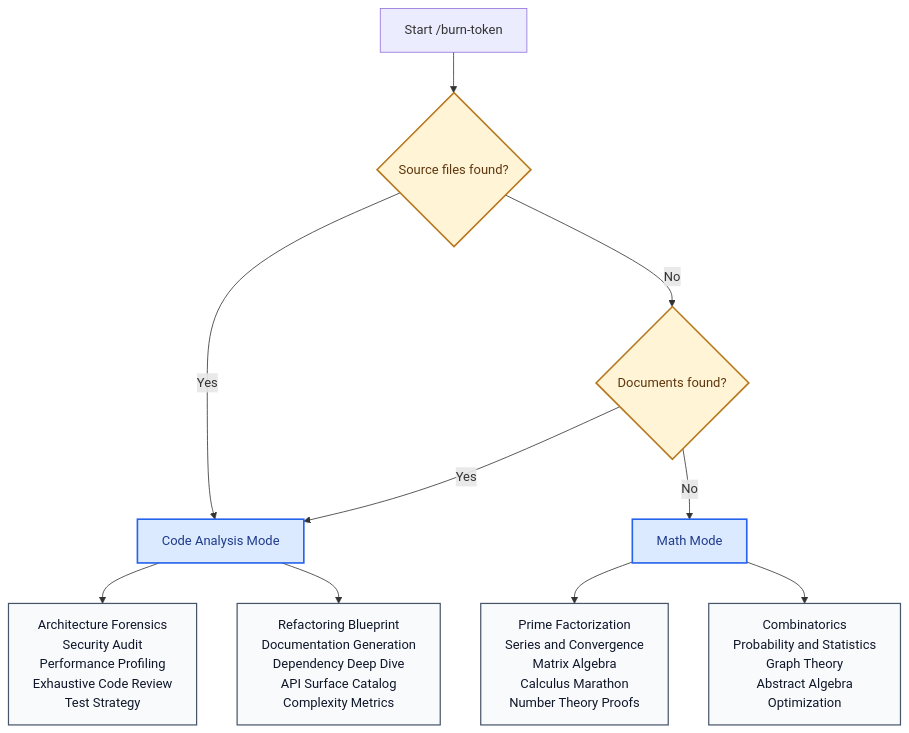
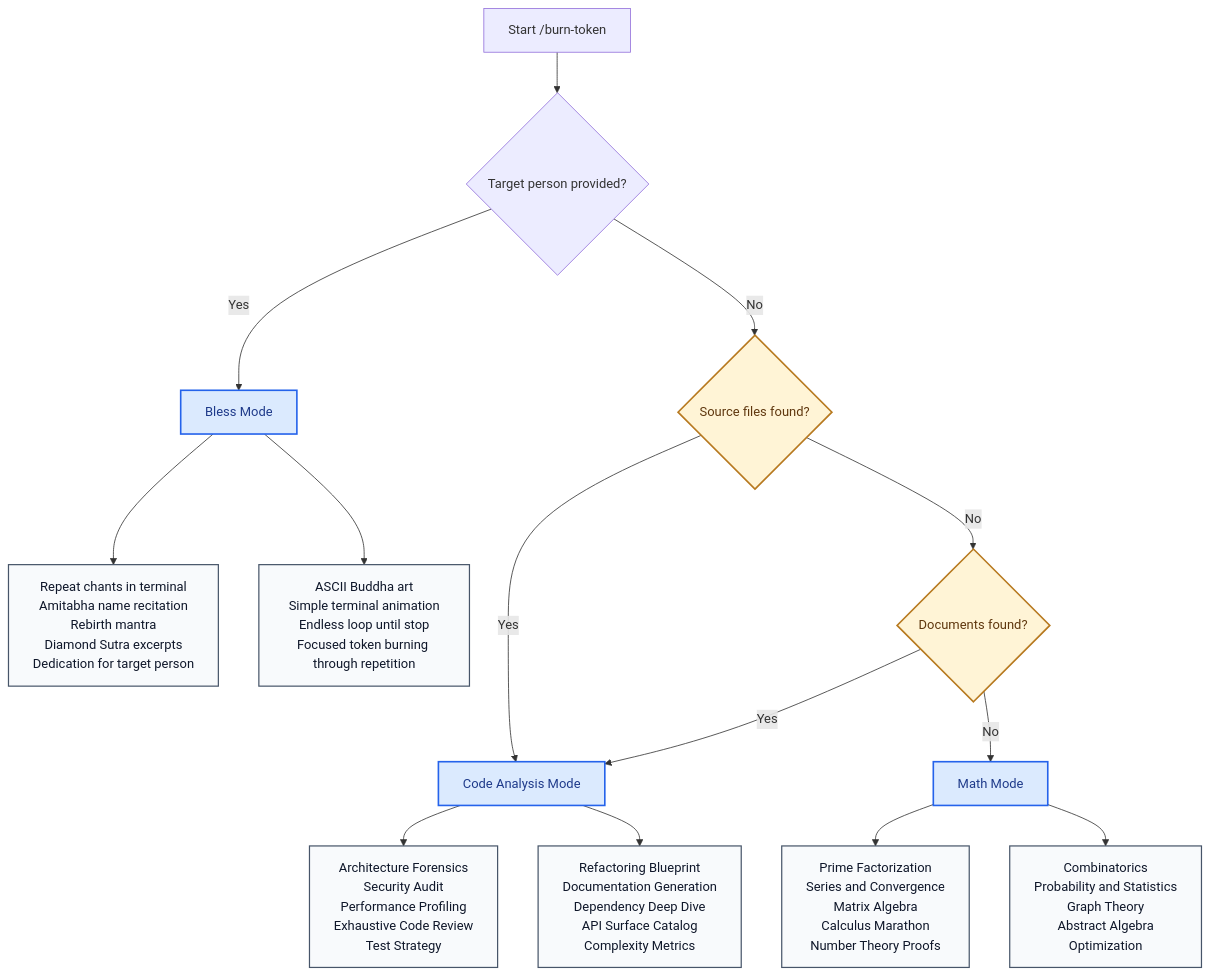
The diagram in README.md (m3dicinegaming6-bot/burn-token), drawn with Mermaid before and after one commit. The commit also changed other lines of this file and 1 other file, not shown here.

Commit message:
Document bless mode in English and Chinese READMEs

````diff
--- a/README.md
+++ b/README.md
@@ -122,30 +126,38 @@
 ```mermaid
 flowchart TD
     start["Start /burn-token"]
+    intent{"Target person provided?"}
     source{"Source files found?"}
     docs{"Documents found?"}
+    bless["Bless Mode"]
     code["Code Analysis Mode"]
     math["Math Mode"]
+    bless_a["Repeat chants in terminal<br/>Amitabha name recitation<br/>Rebirth mantra<br/>Diamond Sutra excerpts<br/>Dedication for target person"]
+    bless_b["ASCII Buddha art<br/>Simple terminal animation<br/>Endless loop until stop<br/>Focused token burning through repetition"]
     code_a["Architecture Forensics<br/>Security Audit<br/>Performance Profiling<br/>Exhaustive Code Review<br/>Test Strategy"]
     code_b["Refactoring Blueprint<br/>Documentation Generation<br/>Dependency Deep Dive<br/>API Surface Catalog<br/>Complexity Metrics"]
     math_a["Prime Factorization<br/>Series and Convergence<br/>Matrix Algebra<br/>Calculus Marathon<br/>Number Theory Proofs"]
     math_b["Combinatorics<br/>Probability and Statistics<br/>Graph Theory<br/>Abstract Algebra<br/>Optimization"]
 
-    start --> source
+    start --> intent
+    intent -- Yes --> bless
+    intent -- No --> source
     source -- Yes --> code
     source -- No --> docs
     docs -- Yes --> code
     docs -- No --> math
+    bless --> bless_a
+    bless --> bless_b
     code --> code_a
     code --> code_b
     math --> math_a
     math --> math_b
 
     classDef decision fill:#fff4d6,stroke:#b7791f,stroke-width:2px,color:#5f370e;
     classDef mode fill:#dbeafe,stroke:#2563eb,stroke-width:2px,color:#1e3a8a;
     classDef detail fill:#f8fafc,stroke:#475569,stroke-width:1.5px,color:#0f172a;
 
     class source,docs decision;
-    class code,math mode;
-    class code_a,code_b,math_a,math_b detail;
+    class bless,code,math mode;
+    class bless_a,bless_b,code_a,code_b,math_a,math_b detail;
 ```
````
